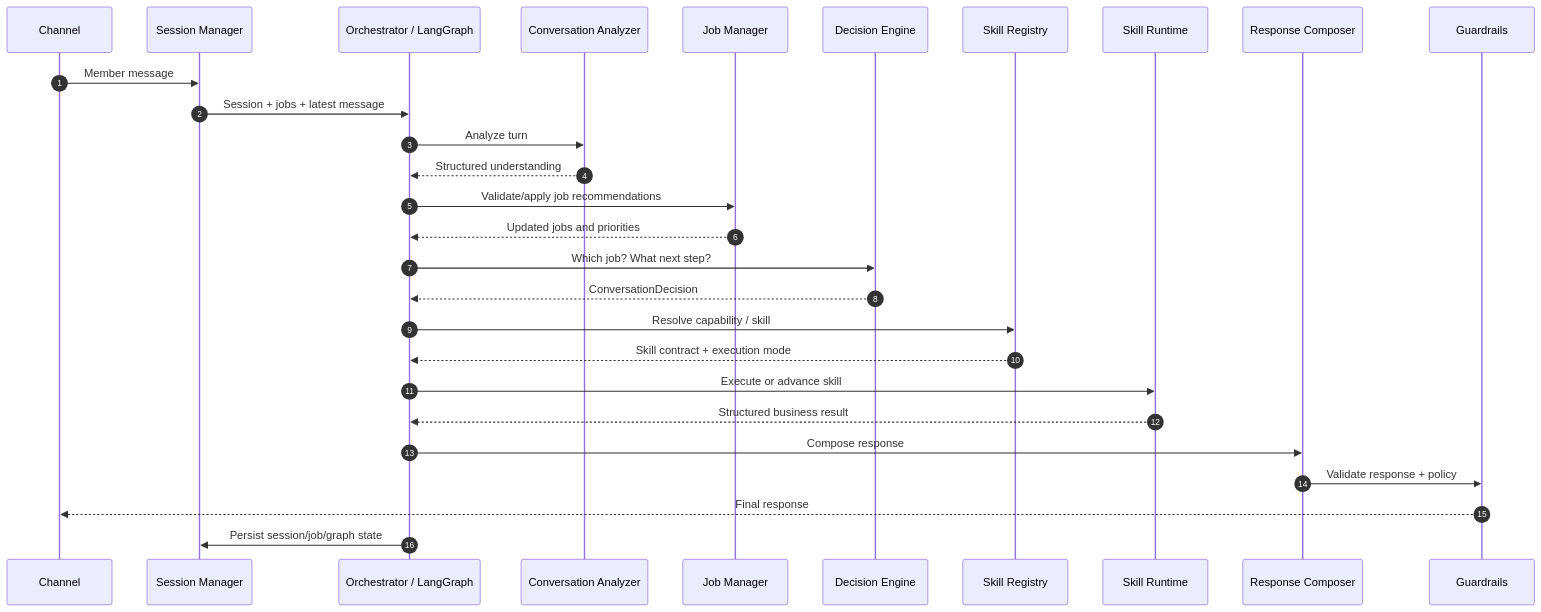
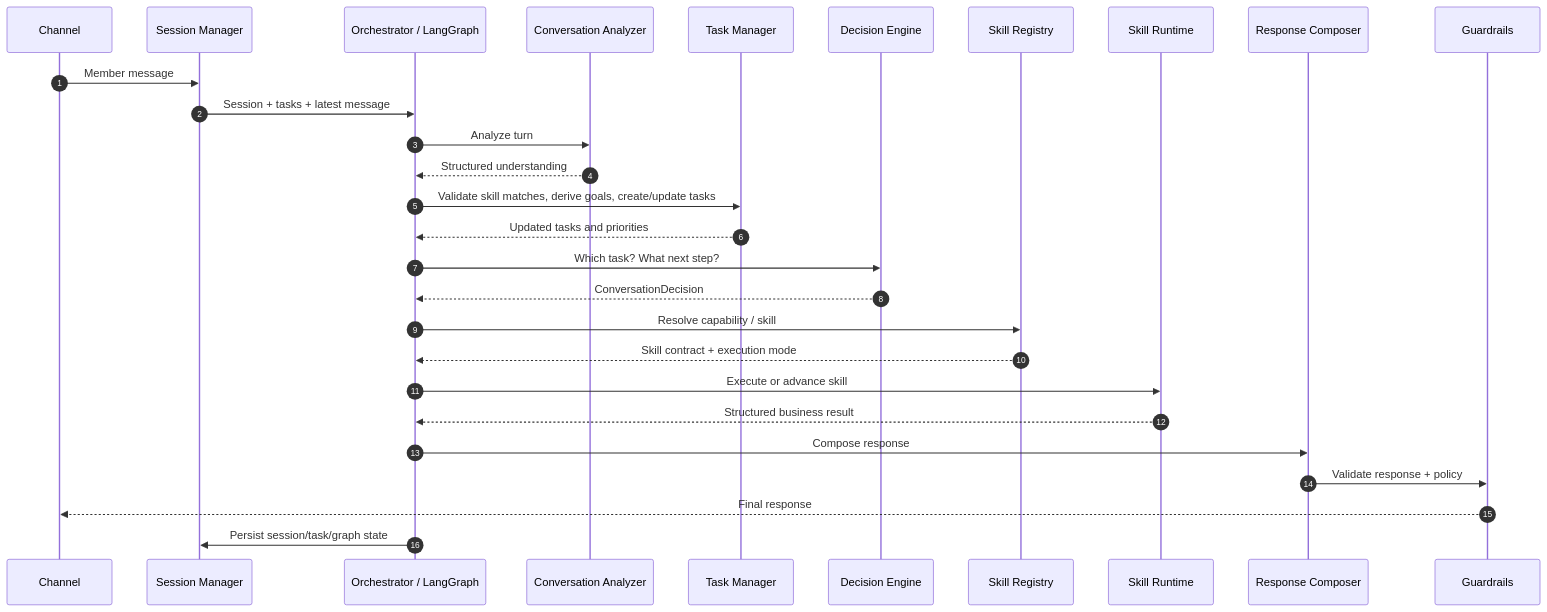
Before and after one commit to bhochhi/nexus: the fifth of 9 diagrams in docs/Architecture3.md, drawn with Mermaid. The commit also changed other lines of this file and 38 other files, not shown here.

First line of the commit message:
feat: standardize skill architecture and conversational routing

````diff
--- a/docs/Architecture3.md
+++ b/docs/Architecture3.md
@@ -538,31 +595,31 @@
 ```mermaid
 sequenceDiagram
     autonumber
     participant C as Channel
     participant SM as Session Manager
     participant O as Orchestrator / LangGraph
     participant CA as Conversation Analyzer
-    participant JM as Job Manager
+    participant TM as Task Manager
     participant DE as Decision Engine
     participant SR as Skill Registry
     participant RT as Skill Runtime
     participant RC as Response Composer
     participant G as Guardrails
 
     C->>SM: Member message
-    SM->>O: Session + jobs + latest message
+    SM->>O: Session + tasks + latest message
     O->>CA: Analyze turn
     CA-->>O: Structured understanding
-    O->>JM: Validate/apply job recommendations
-    JM-->>O: Updated jobs and priorities
-    O->>DE: Which job? What next step?
+    O->>TM: Validate skill matches, derive goals, create/update tasks
+    TM-->>O: Updated tasks and priorities
+    O->>DE: Which task? What next step?
     DE-->>O: ConversationDecision
     O->>SR: Resolve capability / skill
     SR-->>O: Skill contract + execution mode
     O->>RT: Execute or advance skill
     RT-->>O: Structured business result
     O->>RC: Compose response
     RC->>G: Validate response + policy
     G-->>C: Final response
-    O->>SM: Persist session/job/graph state
+    O->>SM: Persist session/task/graph state
 ```
````
